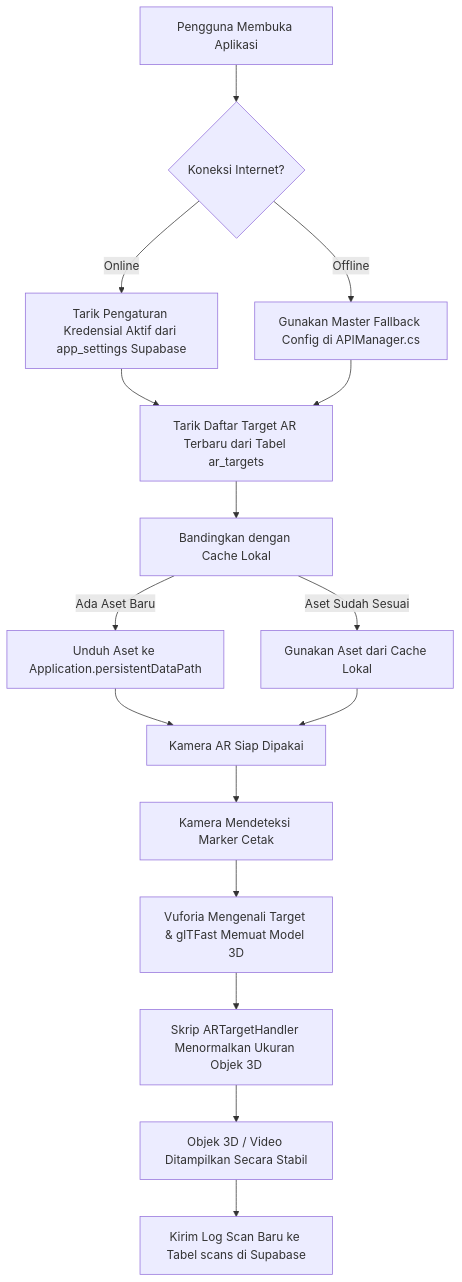
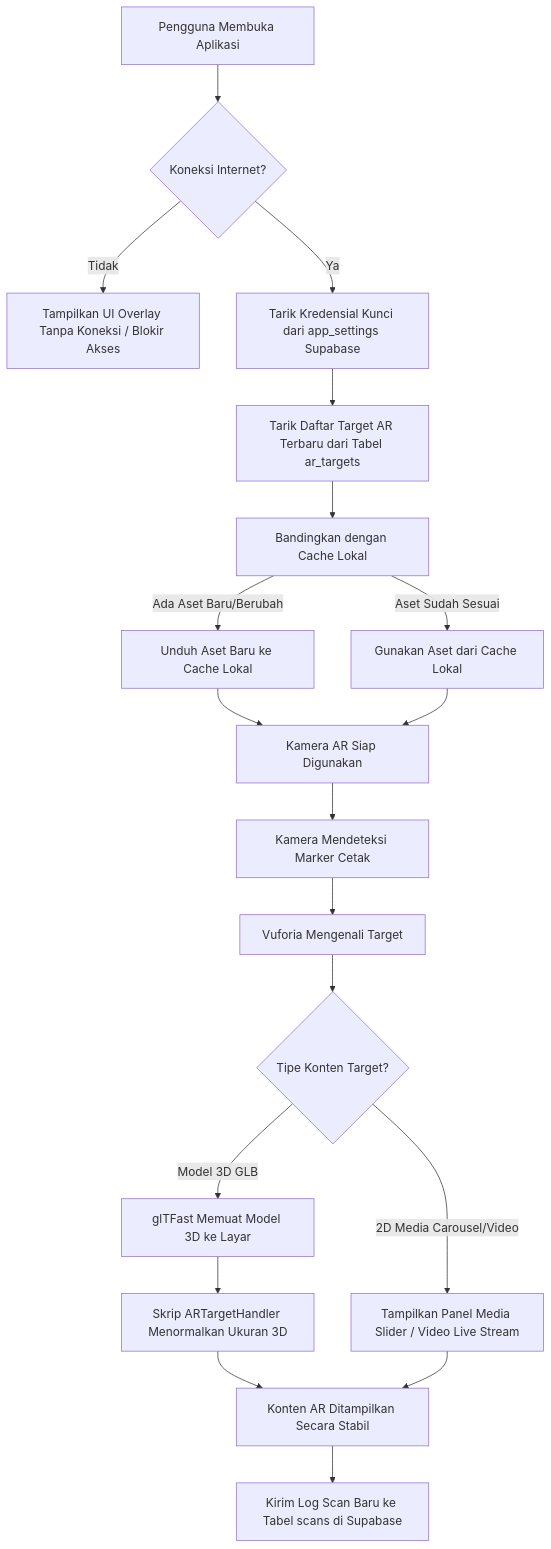
One commit to MyusiZ3/DjaswitaAR-Fix changed the second of 2 diagrams in README.md. Above: the diagram before and after it, drawn with Mermaid.

Commit message:
docs: update Unity App Flow flowchart to accurately reflect offline state and dual render pathways

````diff
--- a/README.md
+++ b/README.md
@@ -98,16 +98,20 @@
 ```mermaid
 graph TD
     A[Pengguna Membuka Aplikasi] --> B{Koneksi Internet?}
-    B -- Online --> C[Tarik Pengaturan Kredensial Aktif dari app_settings Supabase]
-    B -- Offline --> D[Gunakan Master Fallback Config di APIManager.cs]
-    C & D --> E[Tarik Daftar Target AR Terbaru dari Tabel ar_targets]
+    B -- Tidak --> C[Tampilkan UI Overlay Tanpa Koneksi / Blokir Akses]
+    B -- Ya --> D[Tarik Kredensial Kunci dari app_settings Supabase]
+    D --> E[Tarik Daftar Target AR Terbaru dari Tabel ar_targets]
     E --> F[Bandingkan dengan Cache Lokal]
-    F -- Ada Aset Baru --> G[Unduh Aset ke Application.persistentDataPath]
+    F -- Ada Aset Baru/Berubah --> G[Unduh Aset Baru ke Cache Lokal]
     F -- Aset Sudah Sesuai --> H[Gunakan Aset dari Cache Lokal]
-    G & H --> I[Kamera AR Siap Dipakai]
+    G & H --> I[Kamera AR Siap Digunakan]
     I --> J[Kamera Mendeteksi Marker Cetak]
-    J --> K[Vuforia Mengenali Target & glTFast Memuat Model 3D]
-    K --> L[Skrip ARTargetHandler Menormalkan Ukuran Objek 3D]
-    L --> M[Objek 3D / Video Ditampilkan Secara Stabil]
-    M --> N[Kirim Log Scan Baru ke Tabel scans di Supabase]
+    J --> K[Vuforia Mengenali Target]
+    K --> L{Tipe Konten Target?}
+    L -- Model 3D GLB --> M[glTFast Memuat Model 3D ke Layar]
+    M --> N[Skrip ARTargetHandler Menormalkan Ukuran 3D]
+    N --> P[Konten AR Ditampilkan Secara Stabil]
+    L -- 2D Media Carousel/Video --> O[Tampilkan Panel Media Slider / Video Live Stream]
+    O --> P
+    P --> Q[Kirim Log Scan Baru ke Tabel scans di Supabase]
 ```
````
